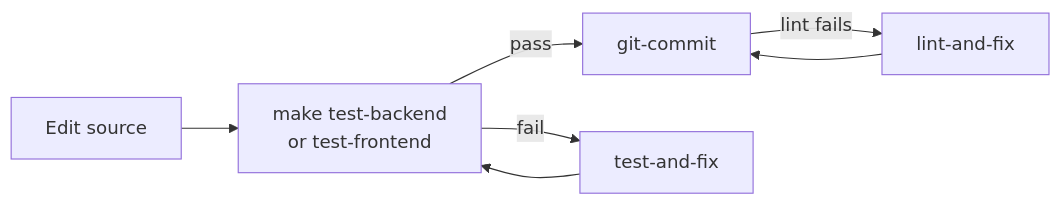
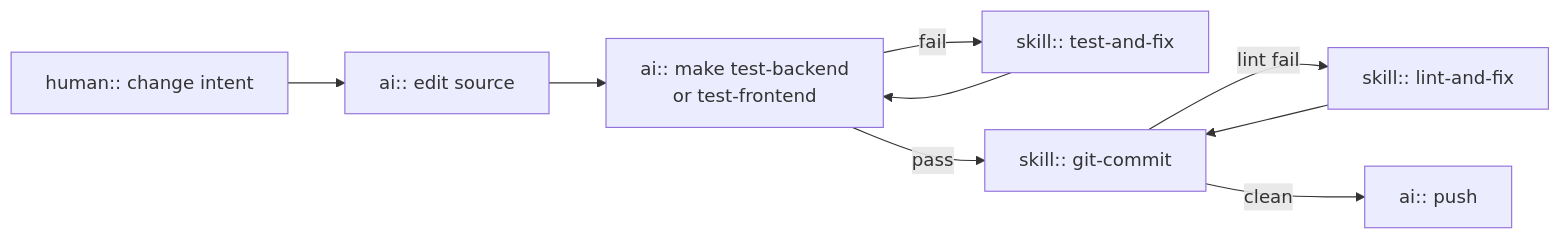
Before and after one commit to tcamise-gpsw/ai-golden-repo: the first of 5 diagrams in README-META.md, drawn with Mermaid. The commit also changed other lines of this file, not shown here.

First line of the commit message:
docs: clarify workflow diagrams with human/ai/skill prefixes

````diff
--- a/README-META.md
+++ b/README-META.md
@@ -87,9 +90,11 @@
 ```mermaid
 flowchart LR
-    Edit["Edit source"] --> Test["make test-backend\nor test-frontend"]
-    Test -->|pass| Commit["git-commit"]
-    Test -->|fail| TestFix["test-and-fix"]
-    TestFix --> Test
-    Commit -->|lint fails| LintFix["lint-and-fix"]
-    LintFix --> Commit
+    A["human:: change intent"] --> B["ai:: edit source"]
+    B --> C["ai:: make test-backend\nor test-frontend"]
+    C -->|fail| D["skill:: test-and-fix"]
+    D --> C
+    C -->|pass| E["skill:: git-commit"]
+    E -->|lint fail| F["skill:: lint-and-fix"]
+    F --> E
+    E -->|clean| G["ai:: push"]
 ```
````
